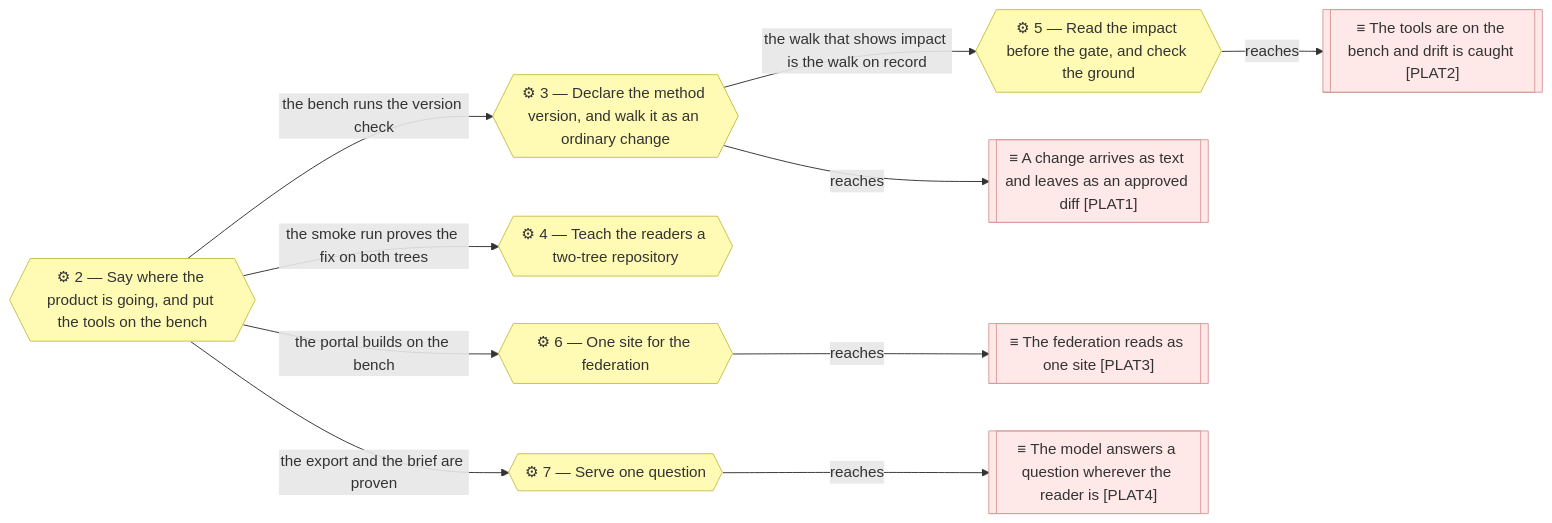
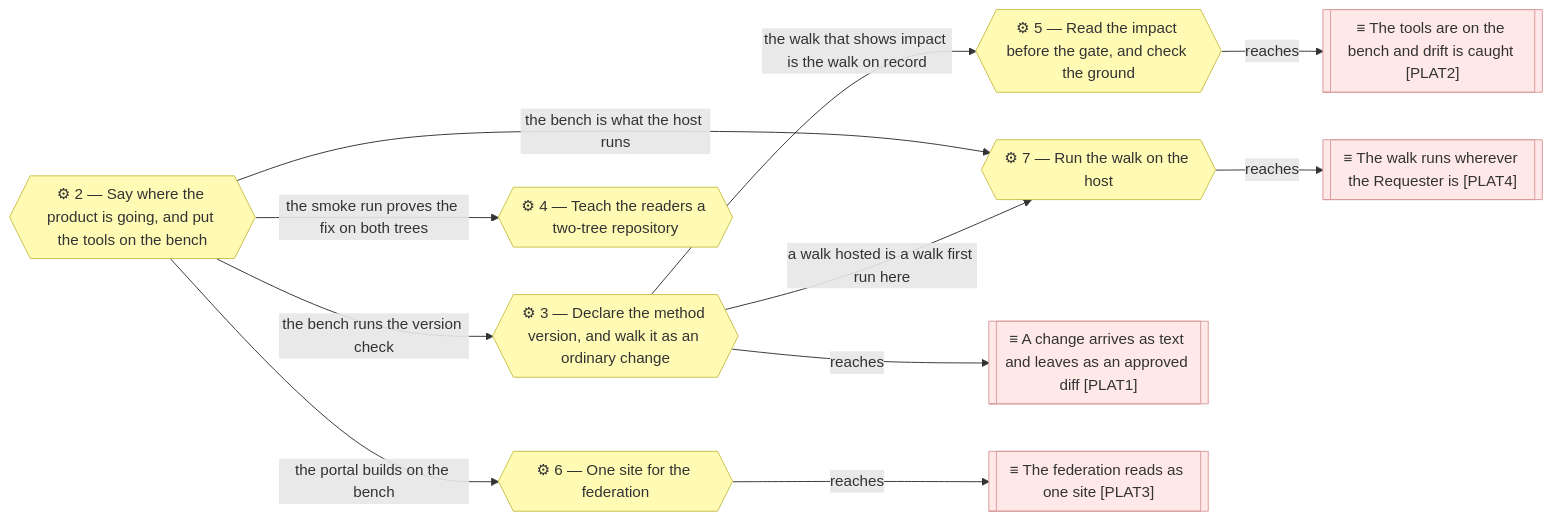
The diagram in product-archreator/architecture/6_transition/2_sequence.md (roanboc/architecture-archreator), drawn with Mermaid before and after one commit. The commit also changed other lines of this file and 6 other files, not shown here.

First line of the commit message:
docs: Direction is granted on the roadmap, and the Requester's answers redraw two plateaus

````diff
--- a/product-archreator/architecture/6_transition/2_sequence.md
+++ b/product-archreator/architecture/6_transition/2_sequence.md
@@ -18,28 +18,29 @@
 ```mermaid
 flowchart LR
   i2{{"⚙ 2 — Say where the product is going, and put the tools on the bench"}}:::wp
   i3{{"⚙ 3 — Declare the method version, and walk it as an ordinary change"}}:::wp
   i4{{"⚙ 4 — Teach the readers a two-tree repository"}}:::wp
   i5{{"⚙ 5 — Read the impact before the gate, and check the ground"}}:::wp
   i6{{"⚙ 6 — One site for the federation"}}:::wp
-  i7{{"⚙ 7 — Serve one question"}}:::wp
+  i7{{"⚙ 7 — Run the walk on the host"}}:::wp
 
   p1[["≡ A change arrives as text and leaves as an approved diff [PLAT1]"]]:::plateau
   p2[["≡ The tools are on the bench and drift is caught [PLAT2]"]]:::plateau
   p3[["≡ The federation reads as one site [PLAT3]"]]:::plateau
-  p4[["≡ The model answers a question wherever the reader is [PLAT4]"]]:::plateau
+  p4[["≡ The walk runs wherever the Requester is [PLAT4]"]]:::plateau
 
   i2 -->|the bench runs the version check| i3
   i2 -->|the smoke run proves the fix on both trees| i4
   i3 -->|the walk that shows impact is the walk on record| i5
   i2 -->|the portal builds on the bench| i6
-  i2 -->|the export and the brief are proven| i7
+  i2 -->|the bench is what the host runs| i7
+  i3 -->|a walk hosted is a walk first run here| i7
 
   i3 -->|reaches| p1
   i5 -->|reaches| p2
   i6 -->|reaches| p3
   i7 -->|reaches| p4
 
   classDef wp fill:#fffbb5,stroke:#c8c04a,color:#333
   classDef plateau fill:#ffe8e8,stroke:#d99b9b,color:#333
 ```
````
